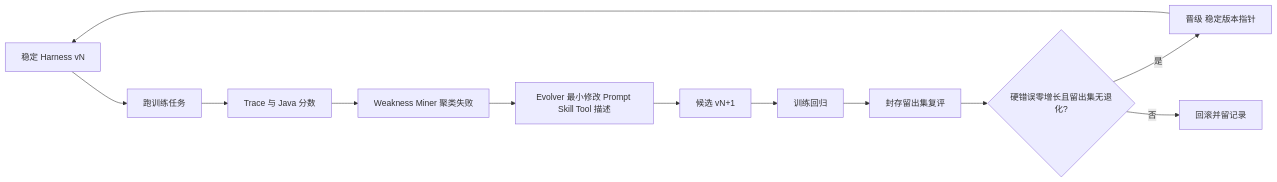
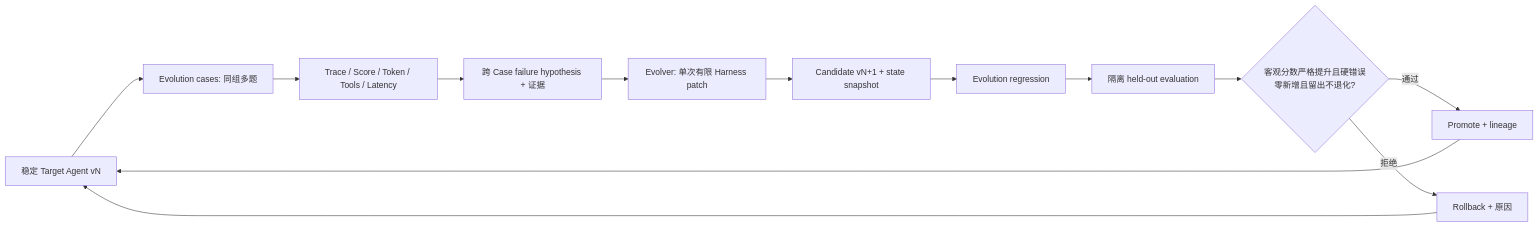
The diagram in docs/diagrams/evolution-loop.mmd (HelicasECoode42/CoursePilot-Evo), drawn with Mermaid before and after one commit. The commit also changed 32 other files, not shown here.

Commit message:
docs: design browser offering adapter and multi-round RSI architecture

```diff
--- a/docs/diagrams/evolution-loop.mmd
+++ b/docs/diagrams/evolution-loop.mmd
@@ -1,12 +1,13 @@
 flowchart LR
-  BASE[稳定 Harness vN] --> RUN[跑训练任务]
-  RUN --> TRACE[Trace 与 Java 分数]
-  TRACE --> MINE[Weakness Miner 聚类失败]
-  MINE --> EDIT[Evolver 最小修改 Prompt Skill Tool 描述]
-  EDIT --> CAND[候选 vN+1]
-  CAND --> REG[训练回归]
-  REG --> HELD[封存留出集复评]
-  HELD --> GATE{硬错误零增长且留出集无退化?}
-  GATE -->|是| PROMOTE[晋级 稳定版本指针]
-  GATE -->|否| ROLLBACK[回滚并留记录]
-  PROMOTE --> BASE
+  V0[稳定 Target Agent vN] --> EV[Evolution cases: 同组多题]
+  EV --> TR[Trace / Score / Token / Tools / Latency]
+  TR --> HYP[跨 Case failure hypothesis + 证据]
+  HYP --> PATCH[Evolver: 单次有限 Harness patch]
+  PATCH --> CAND[Candidate vN+1 + state snapshot]
+  CAND --> EVREG[Evolution regression]
+  EVREG --> HOLD[隔离 held-out evaluation]
+  HOLD --> GATE{客观分数严格提升且硬错误零新增且留出不退化?}
+  GATE -->|通过| PROMOTE[Promote + lineage]
+  GATE -->|拒绝| ROLLBACK[Rollback + 原因]
+  PROMOTE --> V0
+  ROLLBACK --> V0
```
